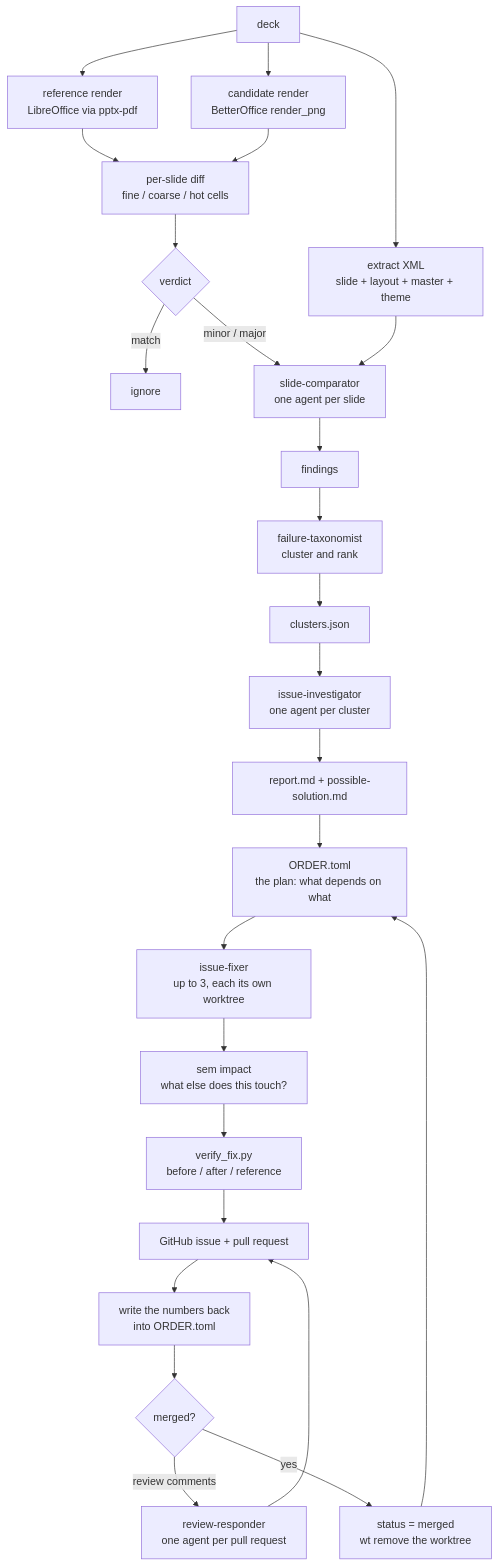
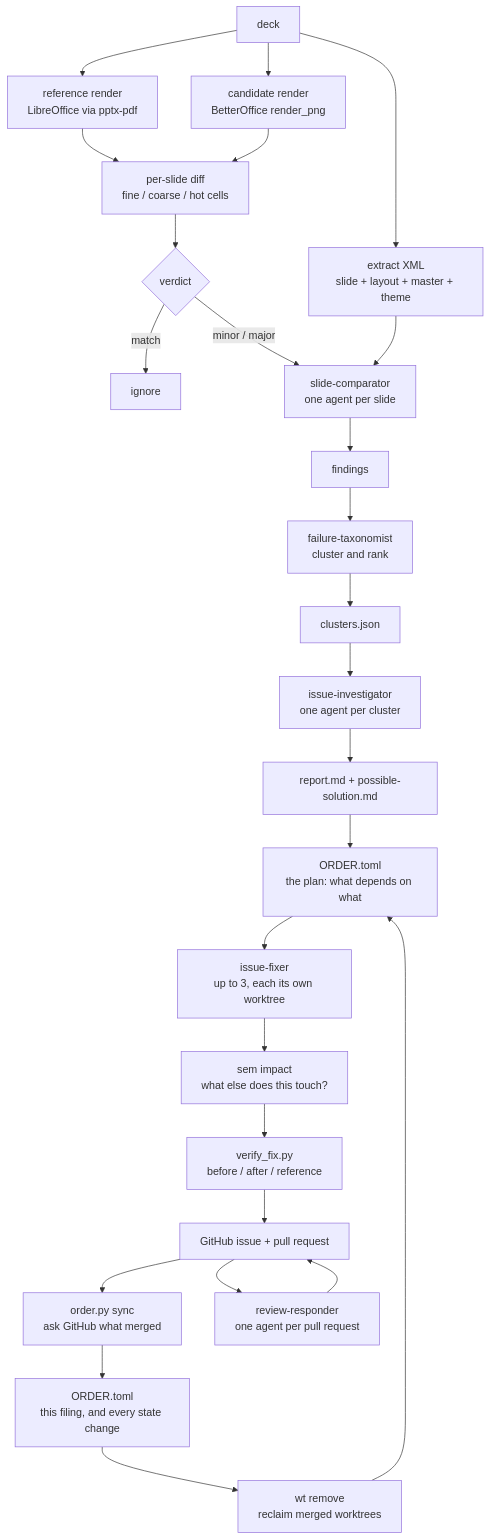
The diagram in README.md (dsaad68/betteroffice-meta-harness), drawn with Mermaid before and after one commit. The commit also changed other lines of this file and 3 other files, not shown here.

First line of the commit message:
feat: order.py sync — filing and reconciling are one step

````diff
--- a/README.md
+++ b/README.md
@@ -24,28 +24,28 @@
 ```mermaid
 flowchart TD
     A[deck] --> B[reference render<br/>LibreOffice via pptx-pdf]
     A --> C[candidate render<br/>BetterOffice render_png]
     A --> D[extract XML<br/>slide + layout + master + theme]
     B --> E[per-slide diff<br/>fine / coarse / hot cells]
     C --> E
     E --> F{verdict}
     F -->|match| G[ignore]
     F -->|minor / major| H[slide-comparator<br/>one agent per slide]
     D --> H
     H --> I[findings]
     I --> J[failure-taxonomist<br/>cluster and rank]
     J --> K[clusters.json]
     K --> L[issue-investigator<br/>one agent per cluster]
     L --> M[report.md + possible-solution.md]
     M --> N[ORDER.toml<br/>the plan: what depends on what]
     N --> O["issue-fixer<br/>up to 3, each its own worktree"]
     O --> P["sem impact<br/>what else does this touch?"]
     P --> Q[verify_fix.py<br/>before / after / reference]
     Q --> R[GitHub issue + pull request]
-    R --> S[write the numbers back<br/>into ORDER.toml]
-    S --> T{merged?}
-    T -->|review comments| U[review-responder<br/>one agent per pull request]
-    U --> R
-    T -->|yes| V[status = merged<br/>wt remove the worktree]
-    V --> N
+    R --> S["order.py sync<br/>ask GitHub what merged"]
+    S --> T["ORDER.toml<br/>this filing, and every state change"]
+    T --> U["wt remove<br/>reclaim merged worktrees"]
+    U --> N
+    R --> V["review-responder<br/>one agent per pull request"]
+    V --> R
 ```
````
